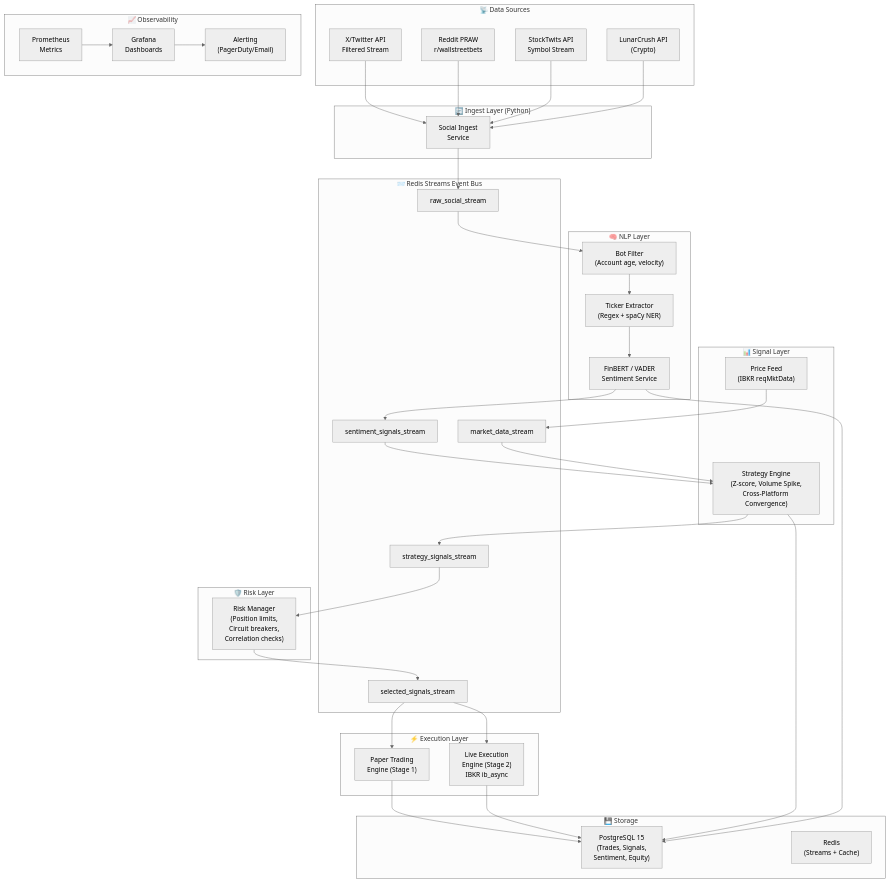
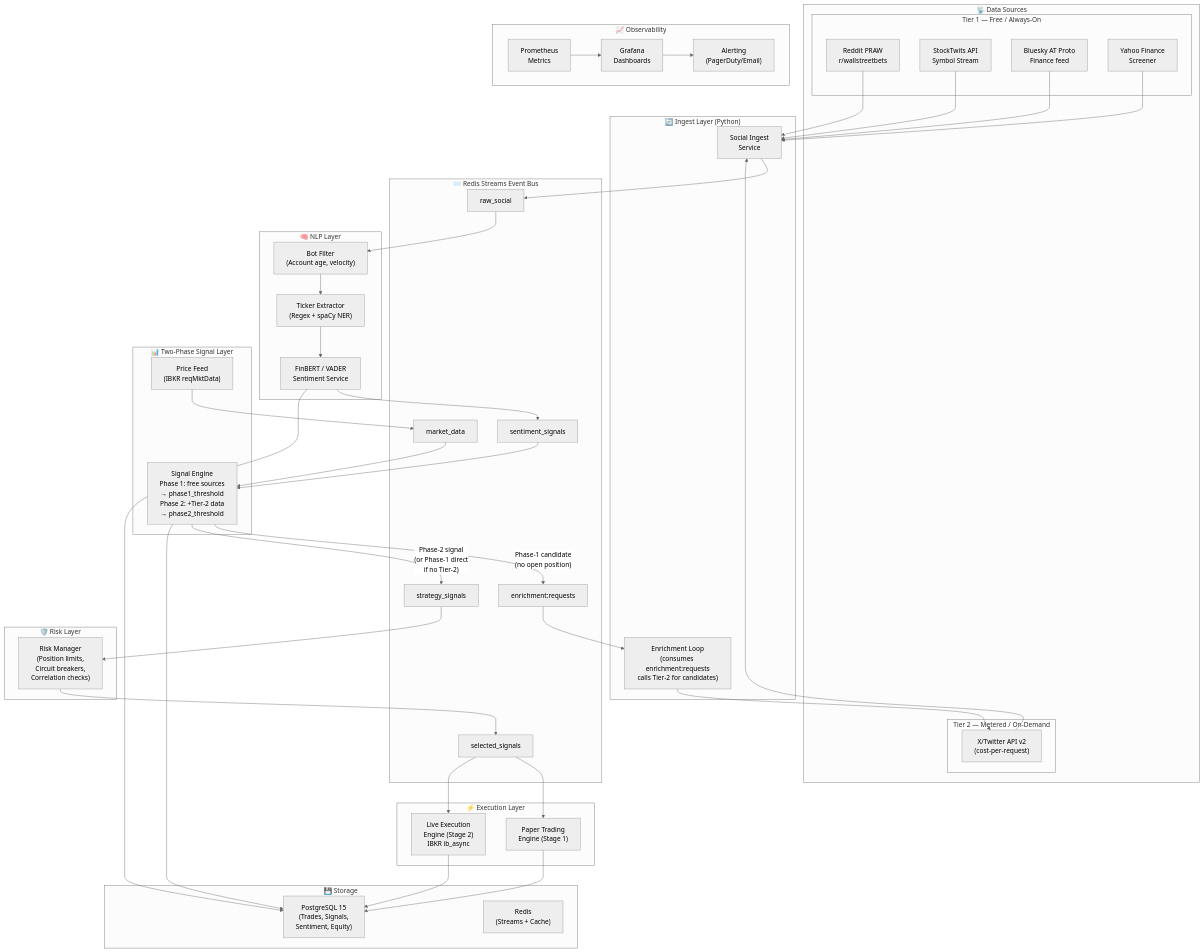
The diagram in docs/design/02-system-architecture.md (nihanli/social_trading), drawn with Mermaid (neutral theme) before and after one commit. The commit also changed other lines of this file and 23 other files, not shown here.

Commit message:
2 phase signals

````diff
--- a/docs/design/02-system-architecture.md
+++ b/docs/design/02-system-architecture.md
@@ -5,22 +5,29 @@
 ```mermaid
 graph TD
     subgraph Data_Sources["📡 Data Sources"]
-        TW["X/Twitter API\nFiltered Stream"]
-        RD["Reddit PRAW\nr/wallstreetbets"]
-        ST["StockTwits API\nSymbol Stream"]
-        LC["LunarCrush API\n(Crypto)"]
+        subgraph Tier1["Tier 1 — Free / Always-On"]
+            RD["Reddit PRAW\nr/wallstreetbets"]
+            ST["StockTwits API\nSymbol Stream"]
+            BS["Bluesky AT Proto\nFinance feed"]
+            YF["Yahoo Finance\nScreener"]
+        end
+        subgraph Tier2["Tier 2 — Metered / On-Demand"]
+            TW["X/Twitter API v2\n(cost-per-request)"]
+        end
     end
 
     subgraph Ingestion["🔄 Ingest Layer (Python)"]
         SI["Social Ingest\nService"]
+        EL["Enrichment Loop\n(consumes enrichment:requests\ncalls Tier-2 for candidates)"]
     end
 
     subgraph Stream["📨 Redis Streams Event Bus"]
-        RS1["raw_social_stream"]
-        RS2["sentiment_signals_stream"]
-        RS3["market_data_stream"]
-        RS4["strategy_signals_stream"]
-        RS5["selected_signals_stream"]
+        RS1["raw_social"]
+        RS2["sentiment_signals"]
+        RS3["market_data"]
+        RS4["strategy_signals"]
+        RS5["selected_signals"]
+        RS6["enrichment:requests"]
     end
 
     subgraph NLP["🧠 NLP Layer"]
@@ -29,8 +36,8 @@
         BF["Bot Filter\n(Account age, velocity)"]
     end
 
-    subgraph Signal["📊 Signal Layer"]
-        SE["Strategy Engine\n(Z-score, Volume Spike,\nCross-Platform Convergence)"]
+    subgraph Signal["📊 Two-Phase Signal Layer"]
+        SE["Signal Engine\nPhase 1: free sources\n→ phase1_threshold\nPhase 2: +Tier-2 data\n→ phase2_threshold"]
         PF["Price Feed\n(IBKR reqMktData)"]
     end
 
@@ -54,10 +61,11 @@
         AL["Alerting\n(PagerDuty/Email)"]
     end
 
-    TW --> SI
     RD --> SI
     ST --> SI
-    LC --> SI
+    BS --> SI
+    YF --> SI
+    TW --> SI
 
     SI --> RS1
     RS1 --> BF
@@ -65,10 +73,14 @@
     TK --> NLP1
     NLP1 --> RS2
 
+    RS2 --> SE
+    SE -- "Phase-1 candidate\n(no open position)" --> RS6
+    RS6 --> EL
+    EL --> TW
+
     PF --> RS3
-    RS2 --> SE
     RS3 --> SE
-    SE --> RS4
+    SE -- "Phase-2 signal\n(or Phase-1 direct\nif no Tier-2)" --> RS4
     RS4 --> RM
     RM --> RS5
 
````
